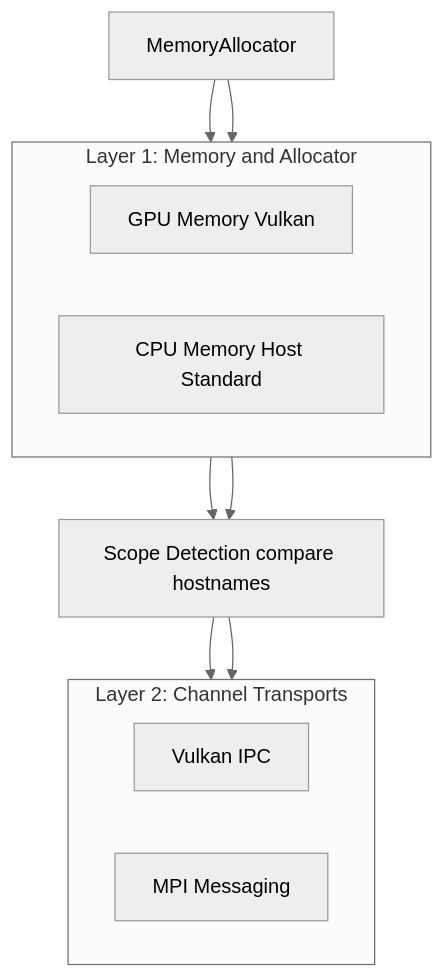
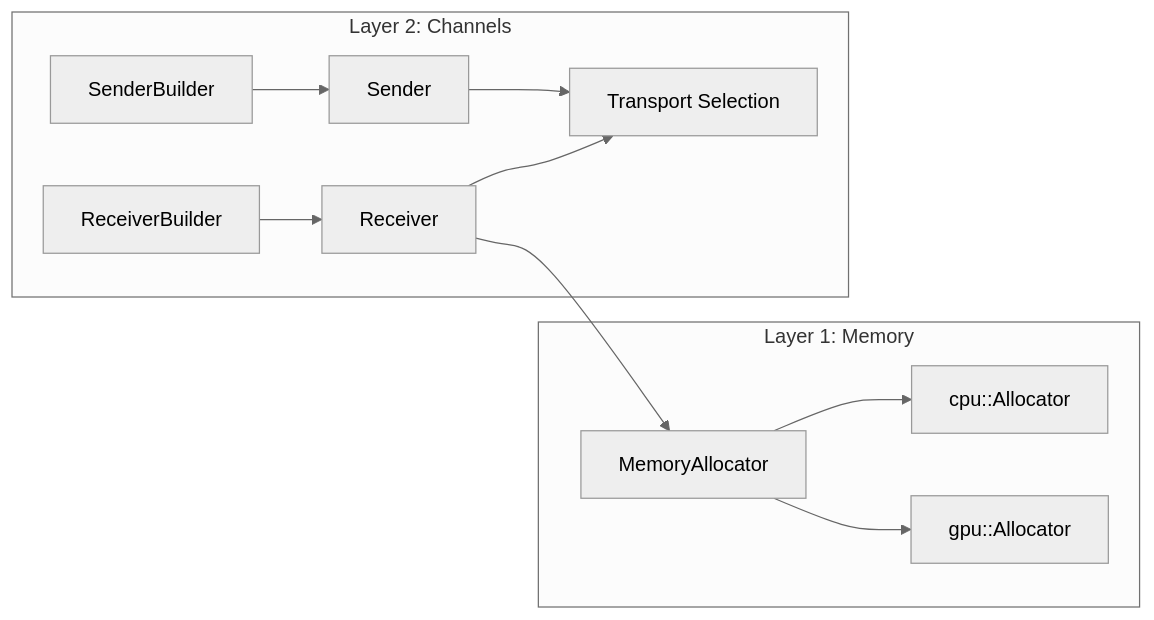
One commit to parsd/lava-flow changed the diagram in doc/spec/architecture.md. Above: the diagram before and after it, drawn with Mermaid (neutral theme). The commit also changed other lines of this file and 29 other files, not shown here.

````diff
--- a/doc/spec/architecture.md
+++ b/doc/spec/architecture.md
@@ -11,24 +15,24 @@
 ```mermaid
-flowchart TB
-  MA[MemoryAllocator]
-  SD[Scope Detection compare hostnames]
-
-  subgraph "Layer 1: Memory and Allocator"
-    direction LR
-    GPU[GPU Memory Vulkan]
-    CPU[CPU Memory Host Standard]
+flowchart LR
+  subgraph L1[Layer 1: Memory]
+    MA[MemoryAllocator]
+    CPU[cpu::Allocator]
+    GPU[gpu::Allocator]
   end
 
-  subgraph "Layer 2: Channel Transports"
-    direction LR
-    VI[Vulkan IPC]
-    MPI[MPI Messaging]
+  subgraph L2[Layer 2: Channels]
+    SB[SenderBuilder]
+    RB[ReceiverBuilder]
+    TX[Sender]
+    RX[Receiver]
+    TR[Transport Selection]
   end
 
+  MA --> CPU
   MA --> GPU
-  MA --> CPU
-  GPU --> SD
-  CPU --> SD
-  SD --> VI
-  SD --> MPI
+  SB --> TX
+  RB --> RX
+  RX --> MA
+  TX --> TR
+  RX --> TR
 ```
````
